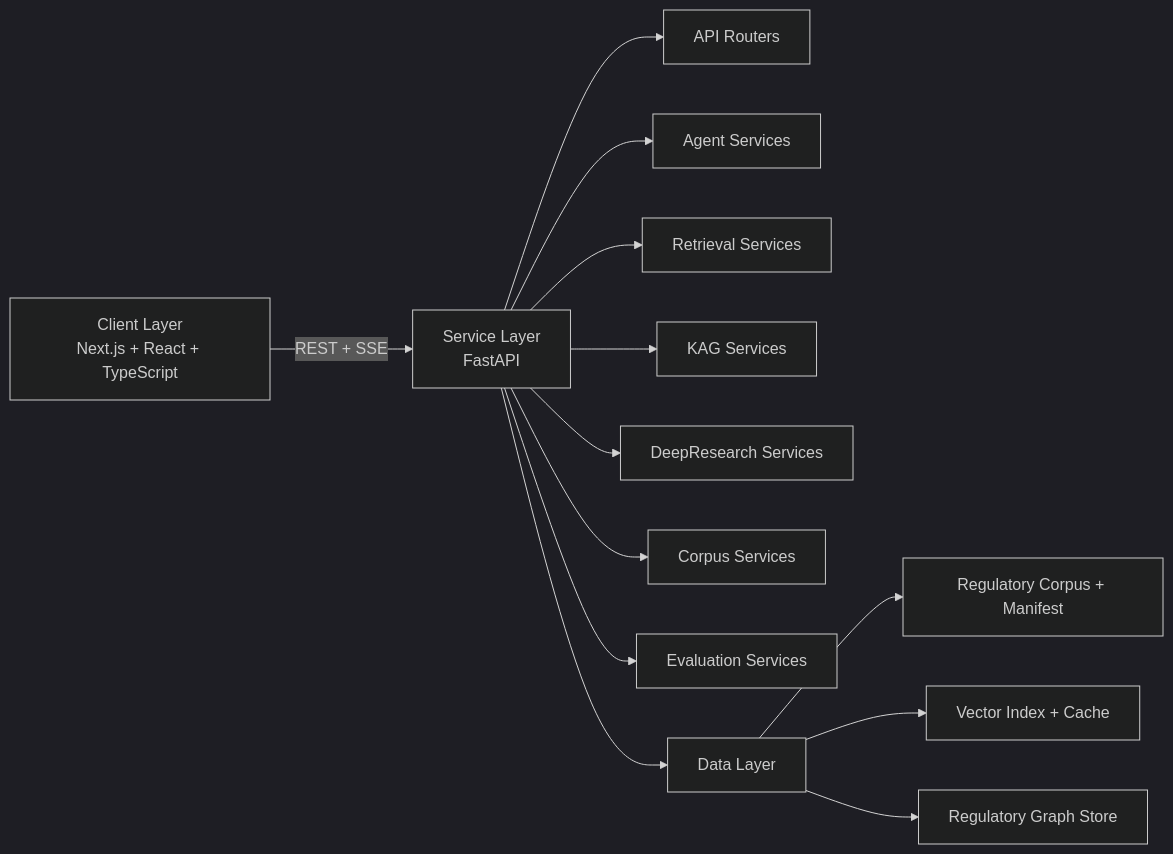
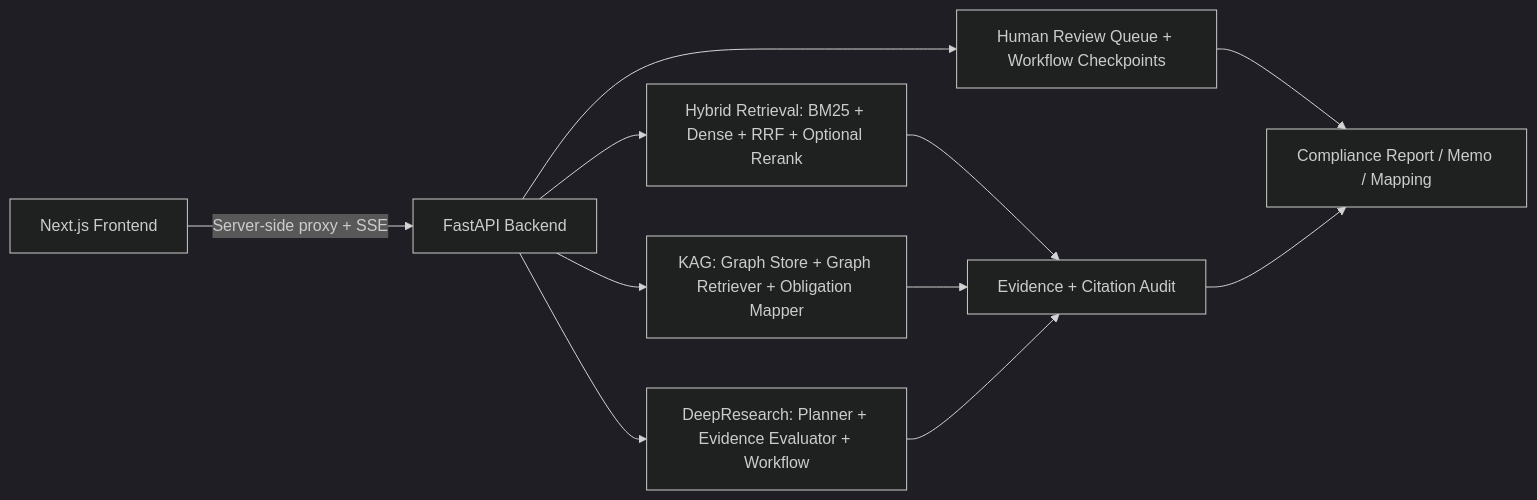
One commit to EthanChan04/HK-FinReg_AI changed the diagram in README.md. Above: the diagram before and after it, drawn with Mermaid (dark theme). The commit also changed other lines of this file and 97 other files, not shown here.

````diff
--- a/README.md
+++ b/README.md
@@ -56,15 +69,13 @@
 ```mermaid
 flowchart LR
-  A["Client Layer\nNext.js + React + TypeScript"] -->|"REST + SSE"| B["Service Layer\nFastAPI"]
-  B --> B1["API Routers"]
-  B --> B2["Agent Services"]
-  B --> B3["Retrieval Services"]
-  B --> B4["KAG Services"]
-  B --> B5["DeepResearch Services"]
-  B --> B6["Corpus Services"]
-  B --> B7["Evaluation Services"]
-  B --> C["Data Layer"]
-  C --> C1["Regulatory Corpus + Manifest"]
-  C --> C2["Vector Index + Cache"]
-  C --> C3["Regulatory Graph Store"]
+  A["Next.js Frontend"] -->|"Server-side proxy + SSE"| B["FastAPI Backend"]
+  B --> C["Hybrid Retrieval: BM25 + Dense + RRF + Optional Rerank"]
+  B --> D["KAG: Graph Store + Graph Retriever + Obligation Mapper"]
+  B --> E["DeepResearch: Planner + Evidence Evaluator + Workflow"]
+  B --> H["Human Review Queue + Workflow Checkpoints"]
+  C --> F["Evidence + Citation Audit"]
+  D --> F
+  E --> F
+  H --> G["Compliance Report / Memo / Mapping"]
+  F --> G
 ```
````
